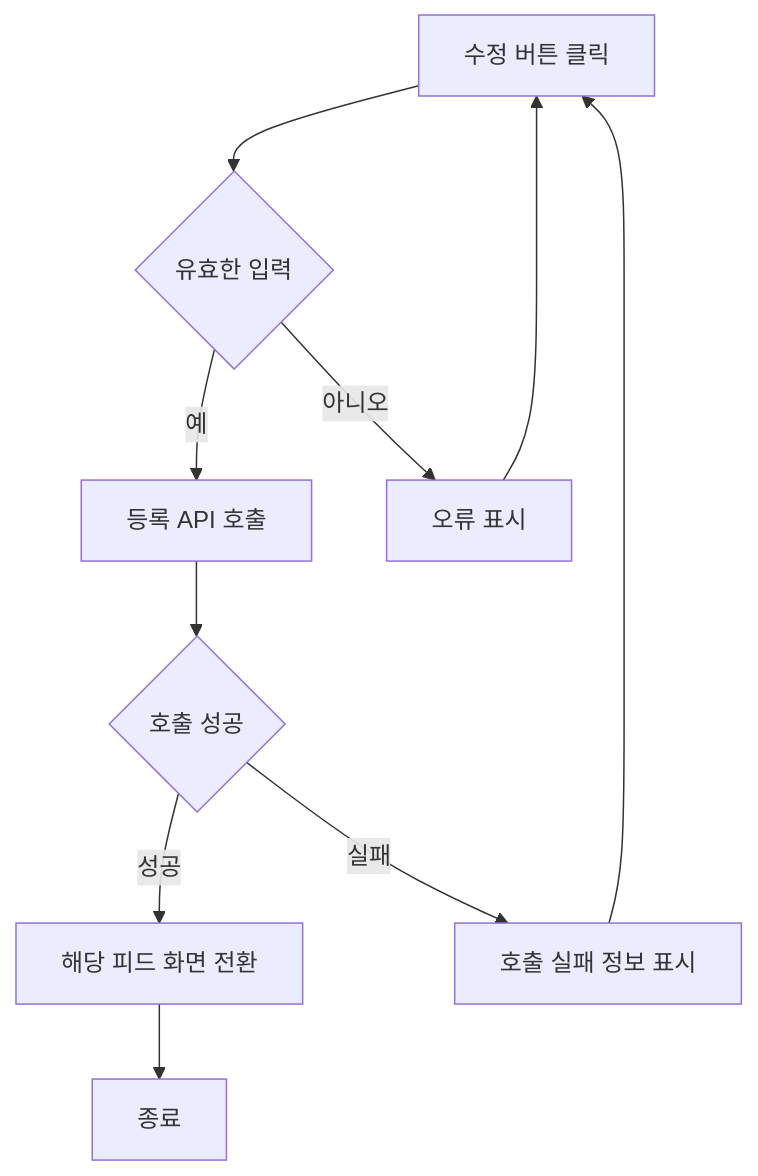
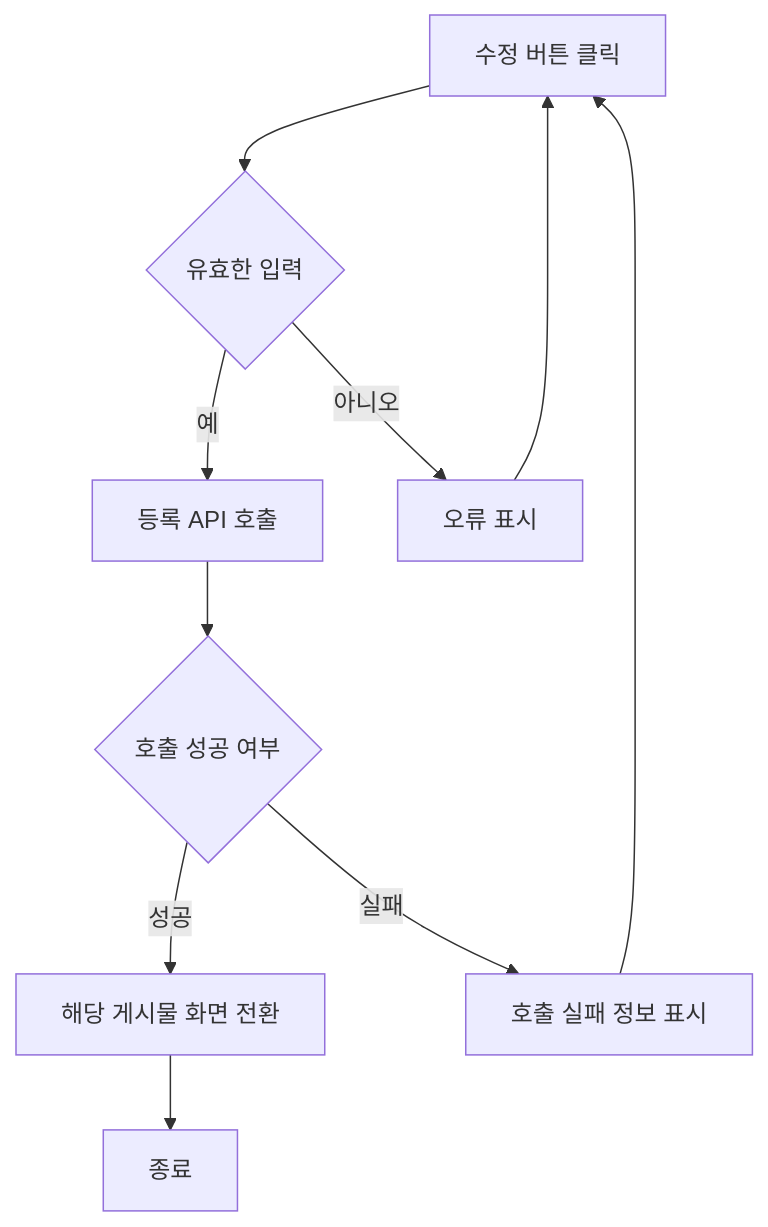
Before and after one commit to Dev-FE-2/3_swim_diary: diagram 27 of 40 in design/기능정의서.md, drawn with Mermaid. The commit also changed other lines of this file and 1 other file, not shown here.

````diff
--- a/design/기능정의서.md
+++ b/design/기능정의서.md
@@ -127,13 +614,13 @@
 ```mermaid
 flowchart TD
     A[수정 버튼 클릭] --> B[입력 항목 유효성 검증]
     B{유효한 입력} -- 예 --> C[등록 API 호출]
     B{유효한 입력} -- 아니오 --> D[오류 표시]
     D --> A
-    C --> E{호출 성공}
-    E -- 성공 --> F[해당 피드 화면 전환]
+    C --> E{호출 성공 여부}
+    E -- 성공 --> F[해당 게시물 화면 전환]
     E -- 실패 --> H[호출 실패 정보 표시]
     H --> A
     F --> Z[종료]
 
 ```
````
